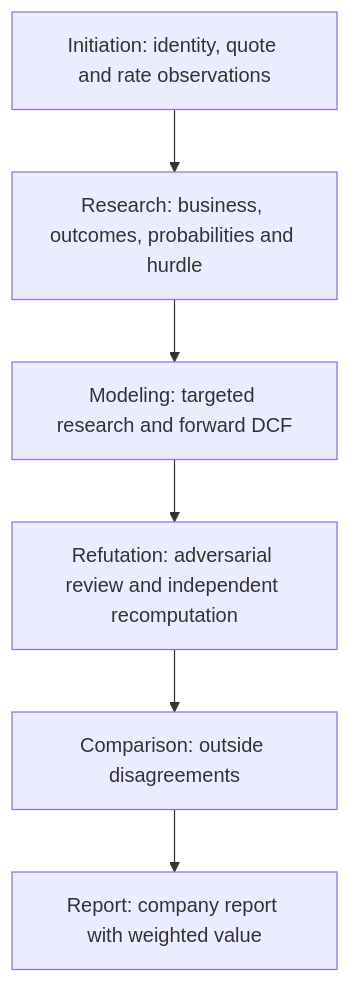
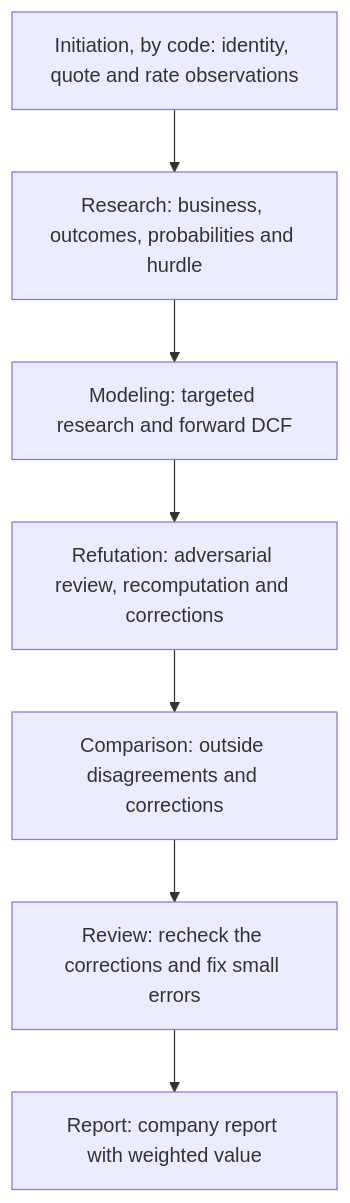
Before and after one commit to dwarnecke/agent-targets: the diagram in docs/design/README.md, drawn with Mermaid. The commit also changed other lines of this file and 25 other files, not shown here.

Commit message:
Enabling refutation, comparison edits

````diff
--- a/docs/design/README.md
+++ b/docs/design/README.md
@@ -23,8 +23,9 @@
 ```mermaid
 flowchart TD
-    A[Initiation: identity, quote and rate observations] --> B[Research: business, outcomes, probabilities and hurdle]
+    A[Initiation, by code: identity, quote and rate observations] --> B[Research: business, outcomes, probabilities and hurdle]
     B --> C[Modeling: targeted research and forward DCF]
-    C --> D[Refutation: adversarial review and independent recomputation]
-    D --> E[Comparison: outside disagreements]
-    E --> F[Report: company report with weighted value]
+    C --> D[Refutation: adversarial review, recomputation and corrections]
+    D --> E[Comparison: outside disagreements and corrections]
+    E --> G[Review: recheck the corrections and fix small errors]
+    G --> F[Report: company report with weighted value]
 ```
````
